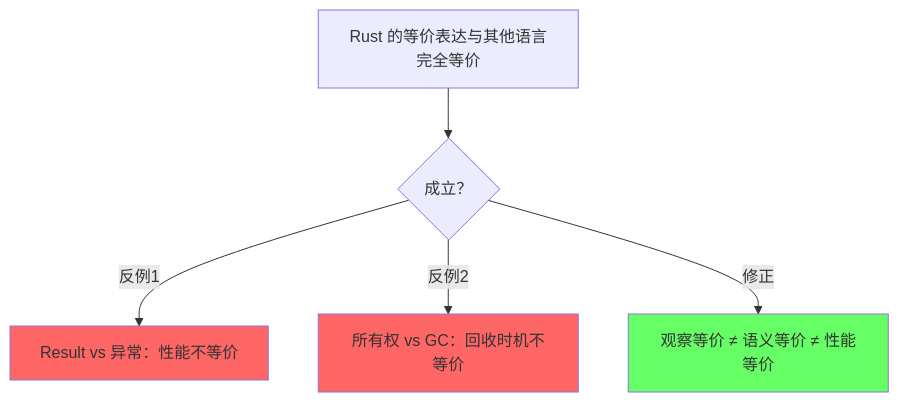
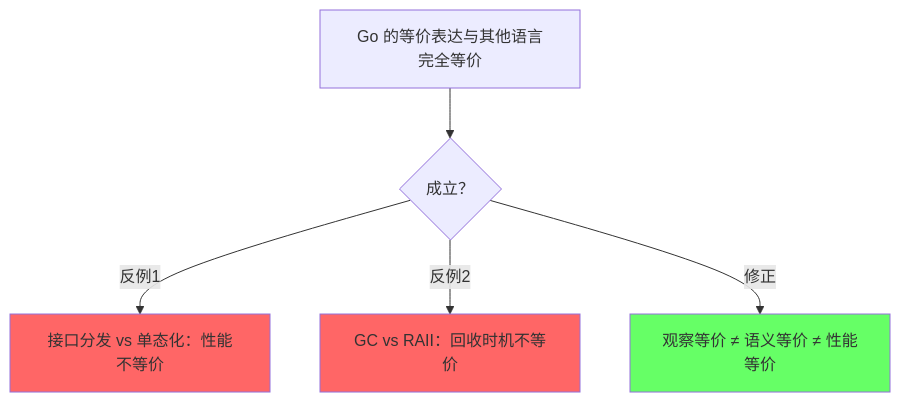
The fifth of 5 diagrams in .kimi/templates/kimi_semantic_space_page_template.md (AdaMartin18010/golang), drawn with Mermaid before and after one commit. The commit also changed other lines of this file and 86 other files, not shown here.

````diff
--- a/.kimi/templates/kimi_semantic_space_page_template.md
+++ b/.kimi/templates/kimi_semantic_space_page_template.md
@@ -296,10 +323,10 @@
 ```mermaid
 graph TD
-    P3["Rust 的等价表达与其他语言完全等价"] --> Q3{成立？}
-    Q3 -->|反例1| C3_0["Result vs 异常：性能不等价"]
-    Q3 -->|反例2| C3_1["所有权 vs GC：回收时机不等价"]
+    P3["Go 的等价表达与其他语言完全等价"] --> Q3{成立？}
+    Q3 -->|反例1| C3_0["接口分发 vs 单态化：性能不等价"]
+    Q3 -->|反例2| C3_1["GC vs RAII：回收时机不等价"]
     Q3 -->|修正| T3["观察等价 ≠ 语义等价 ≠ 性能等价"]
     style C3_0 fill:#f66
     style C3_1 fill:#f66
     style T3 fill:#6f6
 ```
````
